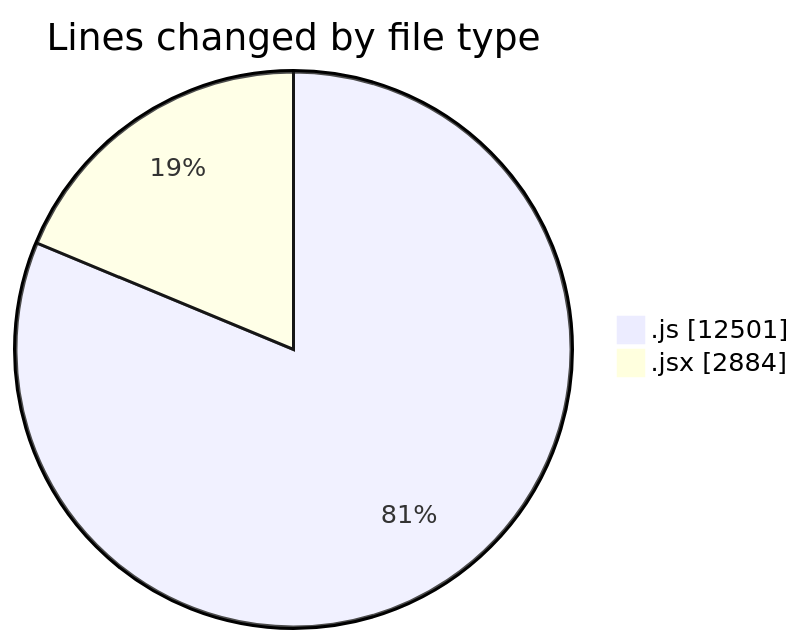
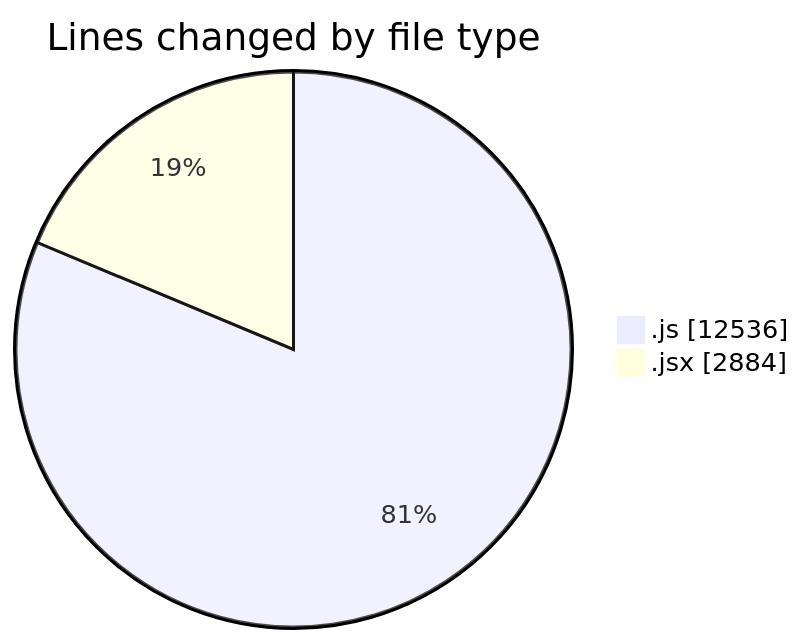
Before and after one commit to nxtqubesakshisongat/code-tracking: the first of 2 diagrams in 2025-09-26/nxtqube_webapp/README.md, drawn with Mermaid. The commit also changed other lines of this file and 1 other file, not shown here.

````diff
--- a/2025-09-26/nxtqube_webapp/README.md
+++ b/2025-09-26/nxtqube_webapp/README.md
@@ -26,6 +26,6 @@
 ```mermaid
 pie showData
 title Lines changed by file type
-".js" : 12501
+".js" : 12536
 ".jsx" : 2884
 ```
````
